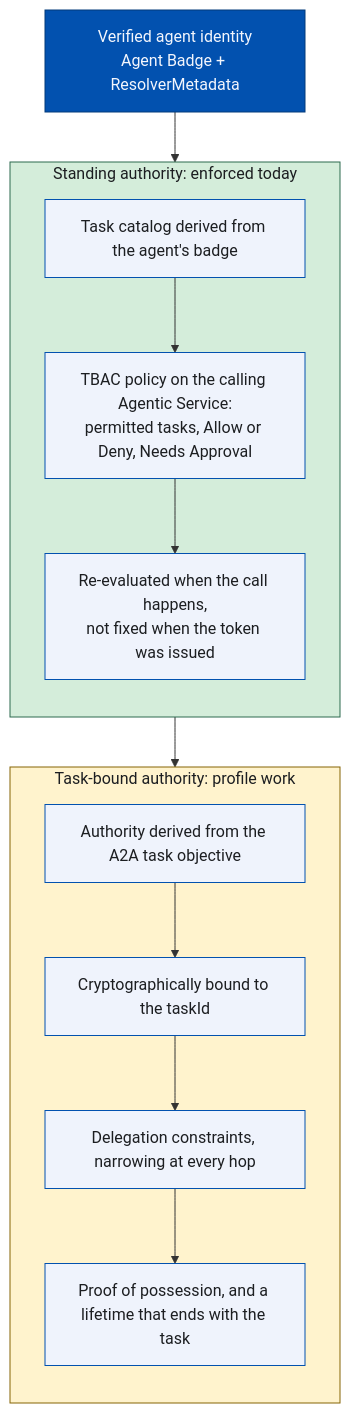
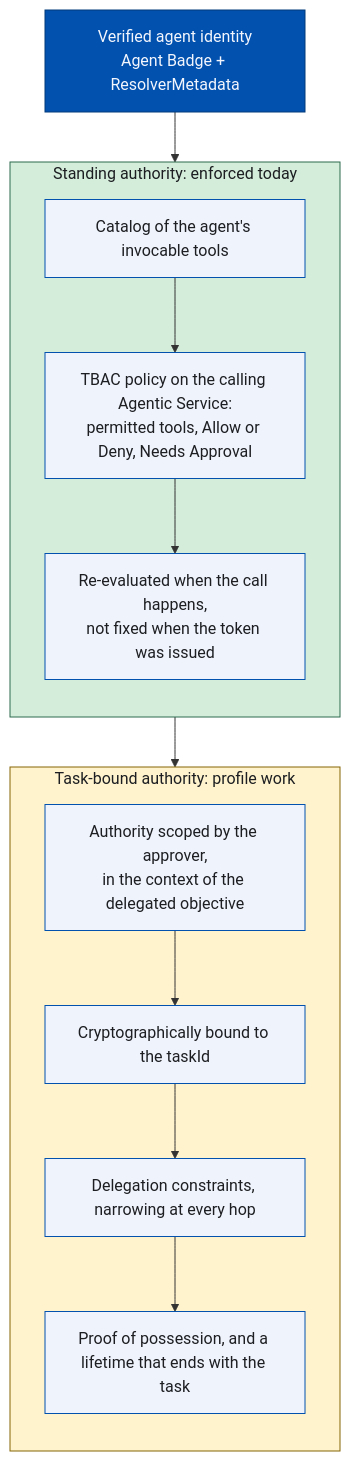
One commit to agntcy/blogs changed the second of 3 diagrams in _posts/2026-08-24-agent-identity-tbac-a2a-task-authorization.md. Above: the diagram before and after it, drawn with Mermaid. The commit also changed other lines of this file, not shown here.

````diff
--- a/_posts/2026-08-24-agent-identity-tbac-a2a-task-authorization.md
+++ b/_posts/2026-08-24-agent-identity-tbac-a2a-task-authorization.md
@@ -344,35 +369,35 @@
 ```mermaid
 flowchart TB
     ID["Verified agent identity<br/>Agent Badge + ResolverMetadata"]
 
     subgraph STAND["Standing authority: enforced today"]
         direction TB
-        S1["Task catalog derived from the agent's badge"]
-        S2["TBAC policy on the calling Agentic Service:<br/>permitted tasks, Allow or Deny, Needs Approval"]
+        S1["Catalog of the agent's invocable tools"]
+        S2["TBAC policy on the calling Agentic Service:<br/>permitted tools, Allow or Deny, Needs Approval"]
         S3["Re-evaluated when the call happens,<br/>not fixed when the token was issued"]
         S1 --> S2 --> S3
     end
 
     subgraph BOUND["Task-bound authority: profile work"]
         direction TB
-        B1["Authority derived from the A2A task objective"]
+        B1["Authority scoped by the approver,<br/>in the context of the delegated objective"]
         B2["Cryptographically bound to the taskId"]
         B3["Delegation constraints, narrowing at every hop"]
         B4["Proof of possession, and a lifetime that ends with the task"]
         B1 --> B2 --> B3 --> B4
     end
 
     ID --> STAND
     STAND --> BOUND
 
     style ID fill:#0251af,stroke:#023a7a,color:#f3f6fd
     style STAND fill:#d4edda,stroke:#2d6a4f,color:#1c1e21
     style S1 fill:#eff3fc,stroke:#0251af,color:#1c1e21
     style S2 fill:#eff3fc,stroke:#0251af,color:#1c1e21
     style S3 fill:#eff3fc,stroke:#0251af,color:#1c1e21
     style BOUND fill:#fff3cd,stroke:#856404,color:#1c1e21
     style B1 fill:#eff3fc,stroke:#0251af,color:#1c1e21
     style B2 fill:#eff3fc,stroke:#0251af,color:#1c1e21
     style B3 fill:#eff3fc,stroke:#0251af,color:#1c1e21
     style B4 fill:#eff3fc,stroke:#0251af,color:#1c1e21
 ```
````
